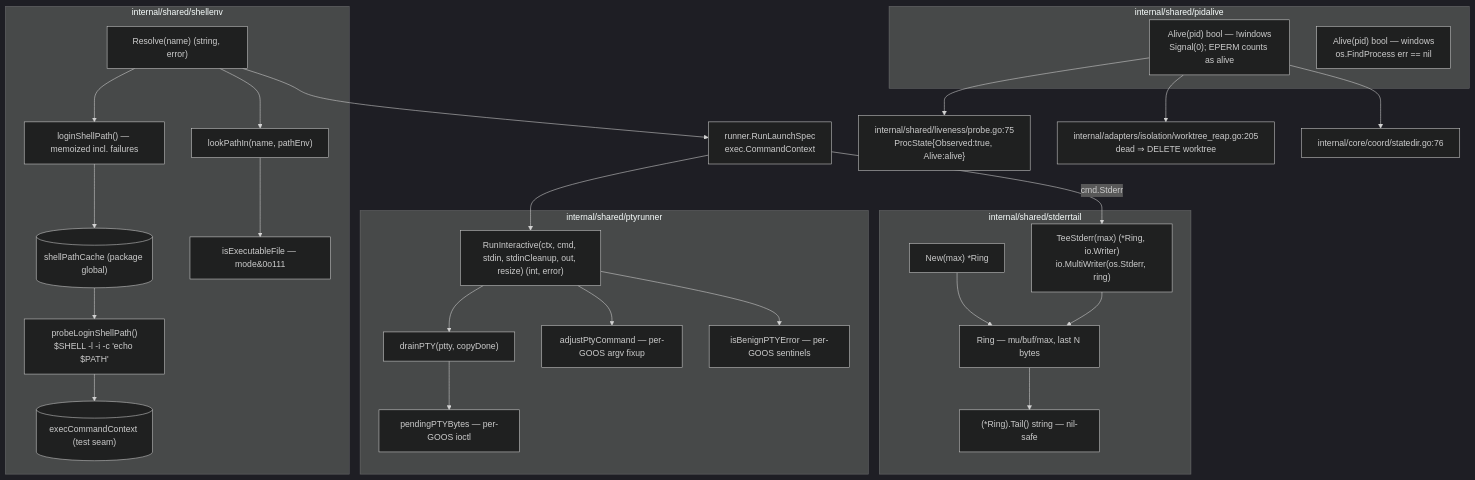
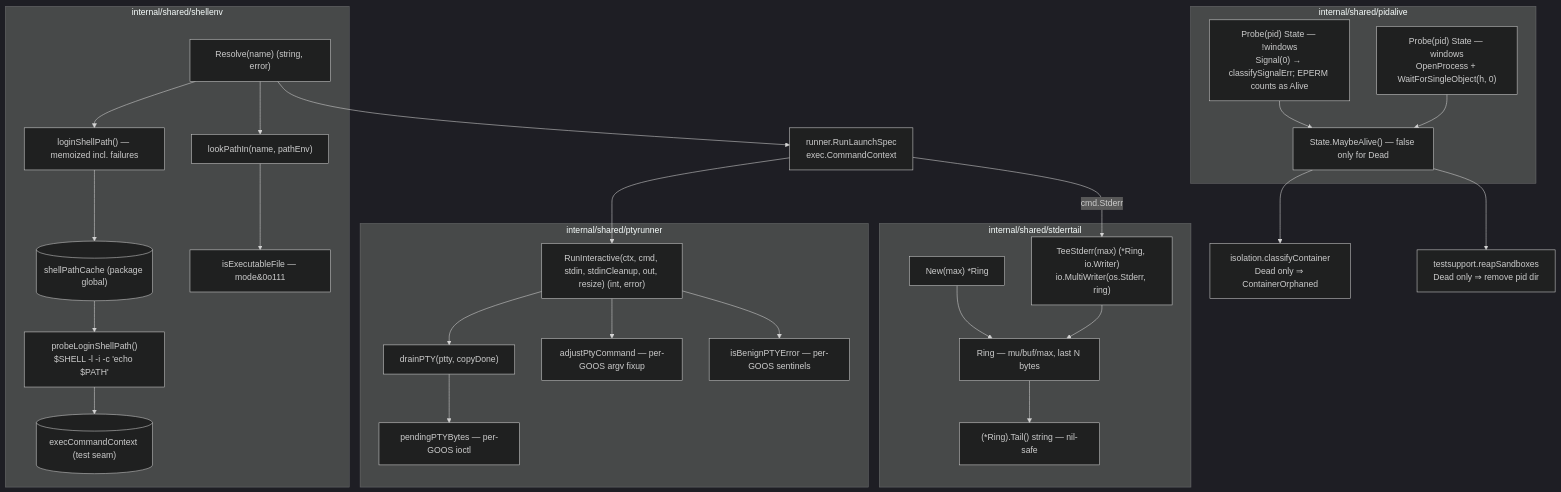
Before and after one commit to ctxloom/ctxloom: the diagram in docs/architecture/shared/process-execution.md, drawn with Mermaid (dark theme). The commit also changed other lines of this file, not shown here.

First line of the commit message:
docs(pidalive): close-out docs — redraw process-execution pidalive section for Probe/State (n1005-docs)

````diff
--- a/docs/architecture/shared/process-execution.md
+++ b/docs/architecture/shared/process-execution.md
@@ -7,50 +7,52 @@
 ```mermaid
 flowchart TD
   LAUNCH["runner.RunLaunchSpec<br/>exec.CommandContext"]
 
   subgraph se["internal/shared/shellenv"]
     R["Resolve(name) (string, error)"]
     LSP["loginShellPath() — memoized incl. failures"]
     PLSP["probeLoginShellPath()<br/>$SHELL -l -i -c 'echo $PATH'"]
     LPI["lookPathIn(name, pathEnv)"]
     IEF["isExecutableFile — mode&0o111"]
     CACHE[("shellPathCache (package global)")]
     SEAM[("execCommandContext (test seam)")]
     R --> LSP --> CACHE
     CACHE --> PLSP --> SEAM
     R --> LPI --> IEF
   end
 
   subgraph pr["internal/shared/ptyrunner"]
     RI["RunInteractive(ctx, cmd, stdin, stdinCleanup, out, resize) (int, error)"]
     DR["drainPTY(ptty, copyDone)"]
     PPB["pendingPTYBytes — per-GOOS ioctl"]
     IBE["isBenignPTYError — per-GOOS sentinels"]
     APC["adjustPtyCommand — per-GOOS argv fixup"]
     RI --> DR --> PPB
     RI --> APC
     RI --> IBE
   end
 
   subgraph st["internal/shared/stderrtail"]
     RING["Ring — mu/buf/max, last N bytes"]
     NEWR["New(max) *Ring"]
     TEE["TeeStderr(max) (*Ring, io.Writer)<br/>io.MultiWriter(os.Stderr, ring)"]
     TAIL["(*Ring).Tail() string — nil-safe"]
     NEWR --> RING
     TEE --> RING
     RING --> TAIL
   end
 
   subgraph pa["internal/shared/pidalive"]
-    AU["Alive(pid) bool — !windows<br/>Signal(0); EPERM counts as alive"]
-    AW["Alive(pid) bool — windows<br/>os.FindProcess err == nil"]
+    PU["Probe(pid) State — !windows<br/>Signal(0) → classifySignalErr; EPERM counts as Alive"]
+    PW["Probe(pid) State — windows<br/>OpenProcess + WaitForSingleObject(h, 0)"]
+    MA["State.MaybeAlive() — false only for Dead"]
+    PU --> MA
+    PW --> MA
   end
 
   R --> LAUNCH --> RI
   LAUNCH -->|"cmd.Stderr"| TEE
-  AU --> LIVE["internal/shared/liveness/probe.go:75<br/>ProcState{Observed:true, Alive:alive}"]
-  AU --> REAP["internal/adapters/isolation/worktree_reap.go:205<br/>dead ⇒ DELETE worktree"]
-  AU --> SD["internal/core/coord/statedir.go:76"]
+  MA --> CREAP["isolation.classifyContainer<br/>Dead only ⇒ ContainerOrphaned"]
+  MA --> SBX["testsupport.reapSandboxes<br/>Dead only ⇒ remove pid dir"]
 
 ```
````
